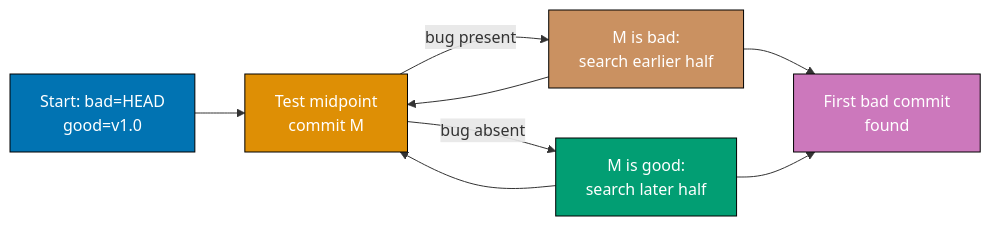
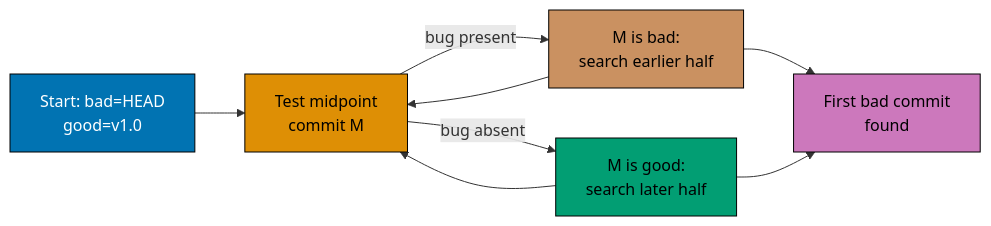
The tenth of 10 diagrams in apps/ayokoding-www/content/en/learn/legacy/software-engineering/automation-tools/git/by-example/intermediate.md (wahidyankf/ose-public), drawn with Mermaid before and after one commit. The commit also changed other lines of this file and 131 other files, not shown here.

First line of the commit message:
fix(mermaid): bring the legacy data, infrastructure, and testing diagrams onto the accessible palette

````diff
--- a/apps/ayokoding-www/content/en/learn/legacy/software-engineering/automation-tools/git/by-example/intermediate.md
+++ b/apps/ayokoding-www/content/en/learn/legacy/software-engineering/automation-tools/git/by-example/intermediate.md
@@ -1347,23 +1408,31 @@
 ```mermaid
 %% Color Palette: Blue #0173B2, Orange #DE8F05, Teal #029E73, Purple #CC78BC, Brown #CA9161
 graph LR
+    accTitle: Example 55: git bisect
+    accDescr: Graph with 5 nodes and 7 connections. Nodes: Start: bad=HEAD good=v1.0, Test midpoint commit M, M is bad: search earlier half, M is good: search later half, First bad commit found. Connections: Start: bad=HEAD good=v1.0 to Test midpoint commit M, Test midpoint commit M to M is bad: search earlier half (bug present), Test midpoint commit M to M is good: search later half (bug absent), M is bad: search earlier half to Test midpoint commit M, M is good: search later half to Test midpoint commit M, M is bad: search earlier half to First bad commit found, M is good: search later half to First bad commit found.
     A["Start: bad=HEAD<br/>good=v1.0"]
     B["Test midpoint<br/>commit M"]
     C["M is bad:<br/>search earlier half"]
     D["M is good:<br/>search later half"]
     E["First bad commit<br/>found"]
 
     A --> B
     B -->|bug present| C
     B -->|bug absent| D
     C --> B
     D --> B
     C --> E
     D --> E
 
-    style A fill:#0173B2,stroke:#000,color:#fff
-    style B fill:#DE8F05,stroke:#000,color:#fff
-    style C fill:#CA9161,stroke:#000,color:#fff
-    style D fill:#029E73,stroke:#000,color:#fff
-    style E fill:#CC78BC,stroke:#000,color:#fff
+    classDef pal-0173B2 fill:#0173B2,stroke:#000000,color:#FFFFFF
+    class A pal-0173B2
+    classDef pal-DE8F05 fill:#DE8F05,stroke:#000000,color:#000000
+    class B pal-DE8F05
+    classDef pal-CA9161 fill:#CA9161,stroke:#000000,color:#000000
+    class C pal-CA9161
+    classDef pal-029E73 fill:#029E73,stroke:#000000,color:#000000
+    class D pal-029E73
+    classDef pal-CC78BC fill:#CC78BC,stroke:#000000,color:#000000
+    class E pal-CC78BC
+    classDef default fill:#FFFFFF,stroke:#000000,color:#000000
 ```
````
